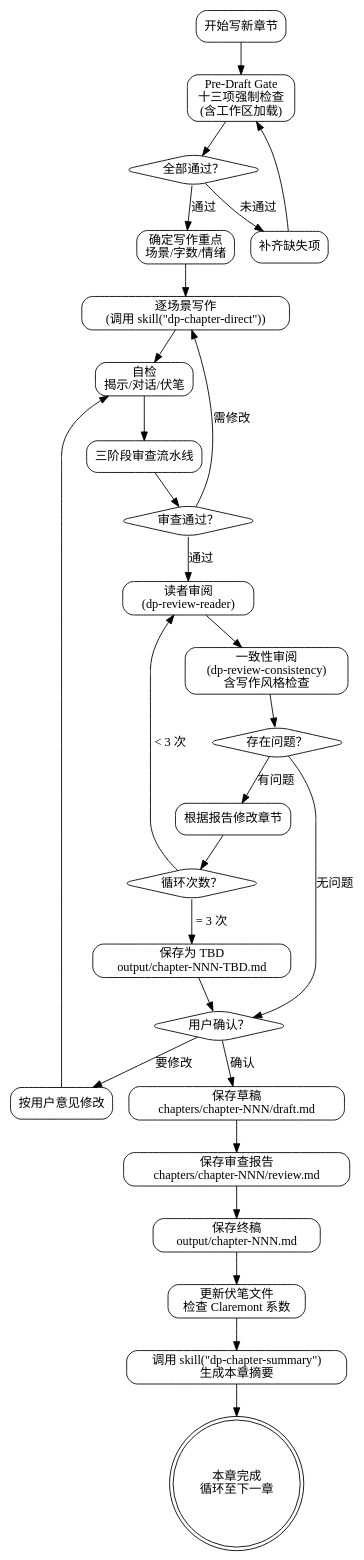
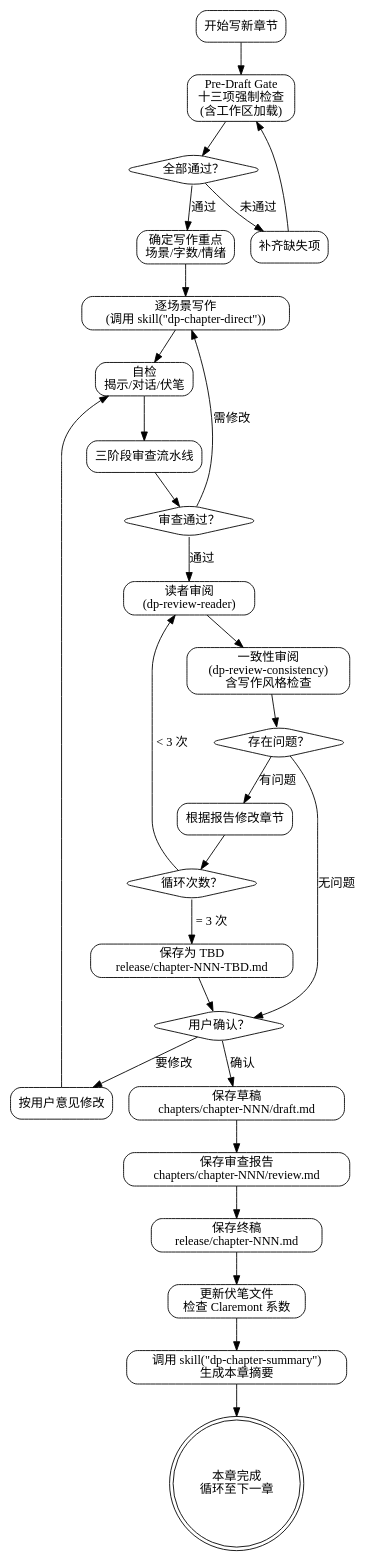
The third of 3 diagrams in skills/dp-chapter-draft/SKILL.md (skyfiredao/dreampowers), drawn with Graphviz before and after one commit. The commit also changed other lines of this file and 7 other files, not shown here.

Commit message:
dw: change output to release and summary to 100

````diff
--- a/skills/dp-chapter-draft/SKILL.md
+++ b/skills/dp-chapter-draft/SKILL.md
@@ -443,63 +443,63 @@
 ```dot
 digraph chapter_draft {
     rankdir=TB;
     node [shape=box, style=rounded];
 
     start [label="开始写新章节"];
     gate [label="Pre-Draft Gate\n十三项强制检查\n(含工作区加载)"];
     gate_pass [label="全部通过？" shape=diamond];
     fix_gate [label="补齐缺失项"];
     plan [label="确定写作重点\n场景/字数/情绪"];
     write [label="逐场景写作\n(调用 skill(\"dp-chapter-direct\"))"];
     self_check [label="自检\n揭示/对话/伏笔"];
 
     review [label="三阶段审查流水线"];
     review_pass [label="审查通过？" shape=diamond];
 
     ext_reader [label="读者审阅\n(dp-review-reader)"];
     ext_consistency [label="一致性审阅\n(dp-review-consistency)\n含写作风格检查"];
     ext_issue [label="存在问题？" shape=diamond];
     ext_fix [label="根据报告修改章节"];
     ext_count [label="循环次数？" shape=diamond];
-    tbd [label="保存为 TBD\noutput/chapter-NNN-TBD.md"];
+    tbd [label="保存为 TBD\nrelease/chapter-NNN-TBD.md"];
 
     user [label="用户确认？" shape=diamond];
     user_fix [label="按用户意见修改"];
     save_draft [label="保存草稿\nchapters/chapter-NNN/draft.md"];
     save_review [label="保存审查报告\nchapters/chapter-NNN/review.md"];
-    save_output [label="保存终稿\noutput/chapter-NNN.md"];
+    save_release [label="保存终稿\nrelease/chapter-NNN.md"];
     update_thread [label="更新伏笔文件\n检查 Claremont 系数"];
     summary [label="调用 skill(\"dp-chapter-summary\")\n生成本章摘要"];
     done [label="本章完成\n循环至下一章" shape=doublecircle];
 
     start -> gate;
     gate -> gate_pass;
     gate_pass -> plan [label="通过"];
     gate_pass -> fix_gate [label="未通过"];
     fix_gate -> gate;
     plan -> write;
     write -> self_check;
     self_check -> review;
     review -> review_pass;
     review_pass -> ext_reader [label="通过"];
     review_pass -> write [label="需修改"];
 
     ext_reader -> ext_consistency;
     ext_consistency -> ext_issue;
     ext_issue -> user [label="无问题"];
     ext_issue -> ext_fix [label="有问题"];
     ext_fix -> ext_count;
     ext_count -> ext_reader [label="< 3 次"];
     ext_count -> tbd [label="= 3 次"];
     tbd -> user;
 
     user -> save_draft [label="确认"];
     user -> user_fix [label="要修改"];
     user_fix -> self_check;
     save_draft -> save_review;
-    save_review -> save_output;
-    save_output -> update_thread;
+    save_review -> save_release;
+    save_release -> update_thread;
     update_thread -> summary;
     summary -> done;
 }
 ```
````
